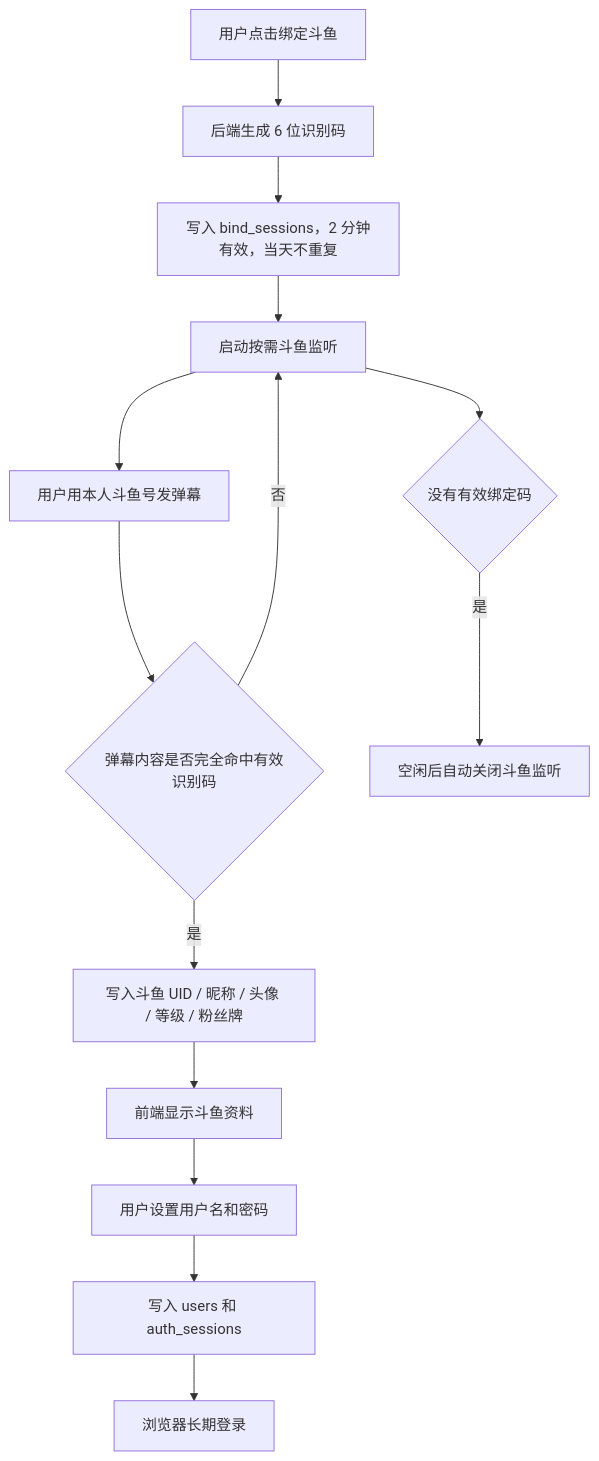
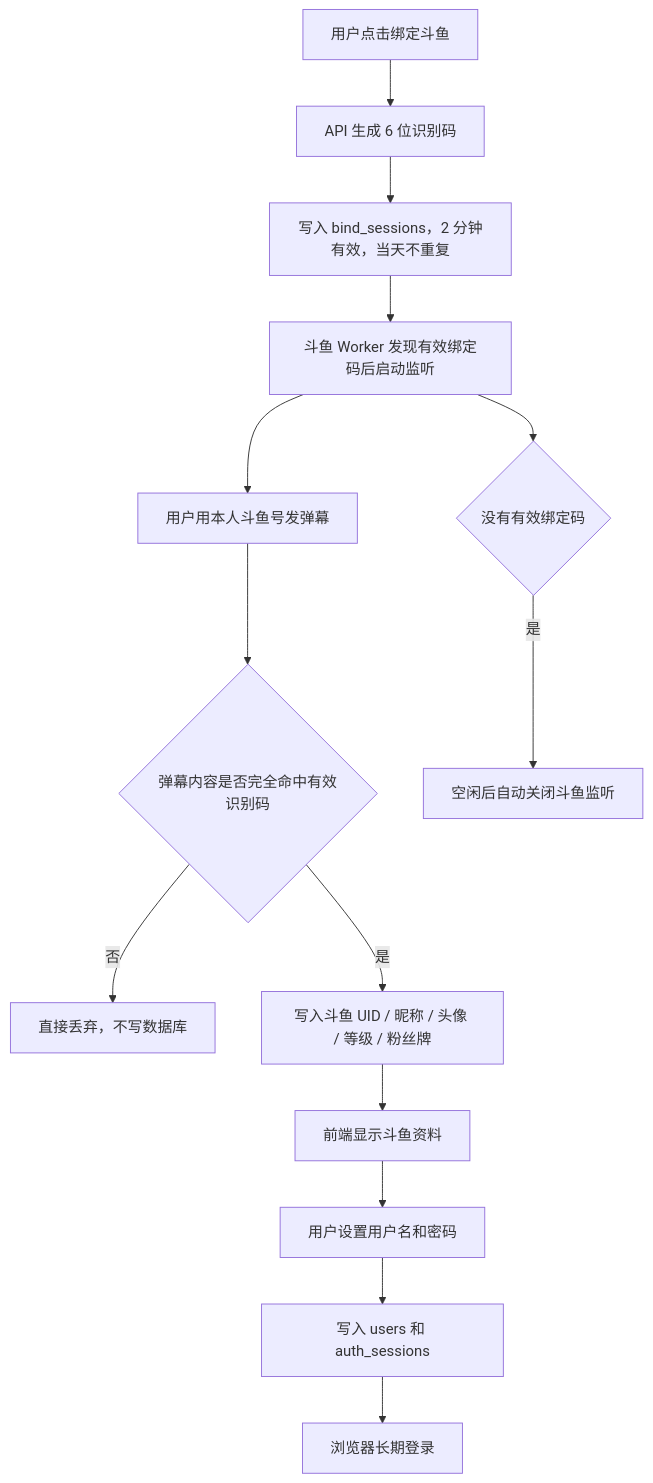
One commit to rialin-0523/bounty-board changed the first of 2 diagrams in README.md. Above: the diagram before and after it, drawn with Mermaid. The commit also changed other lines of this file and 29 other files, not shown here.

Commit message:
feat: split pages api and douyu worker

````diff
--- a/README.md
+++ b/README.md
@@ -31,16 +35,16 @@
 ```mermaid
 flowchart TD
-  A["用户点击绑定斗鱼"] --> B["后端生成 6 位识别码"]
+  A["用户点击绑定斗鱼"] --> B["API 生成 6 位识别码"]
   B --> C["写入 bind_sessions，2 分钟有效，当天不重复"]
-  C --> D["启动按需斗鱼监听"]
+  C --> D["斗鱼 Worker 发现有效绑定码后启动监听"]
   D --> E["用户用本人斗鱼号发弹幕"]
   E --> F{"弹幕内容是否完全命中有效识别码"}
-  F -- 否 --> D
+  F -- 否 --> X["直接丢弃，不写数据库"]
   F -- 是 --> G["写入斗鱼 UID / 昵称 / 头像 / 等级 / 粉丝牌"]
   G --> H["前端显示斗鱼资料"]
   H --> I["用户设置用户名和密码"]
   I --> J["写入 users 和 auth_sessions"]
   J --> K["浏览器长期登录"]
   D --> L{"没有有效绑定码"}
   L -- 是 --> M["空闲后自动关闭斗鱼监听"]
 ```
````
